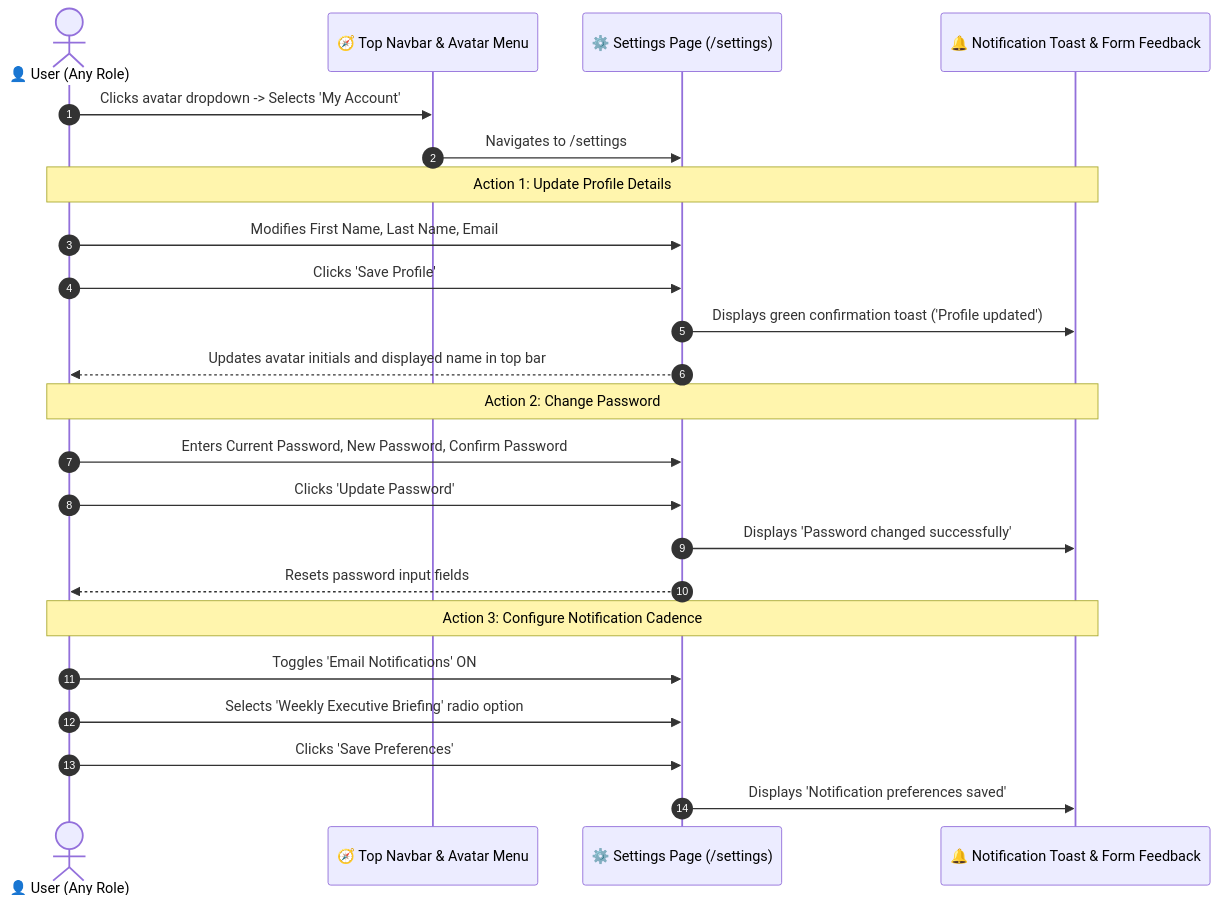
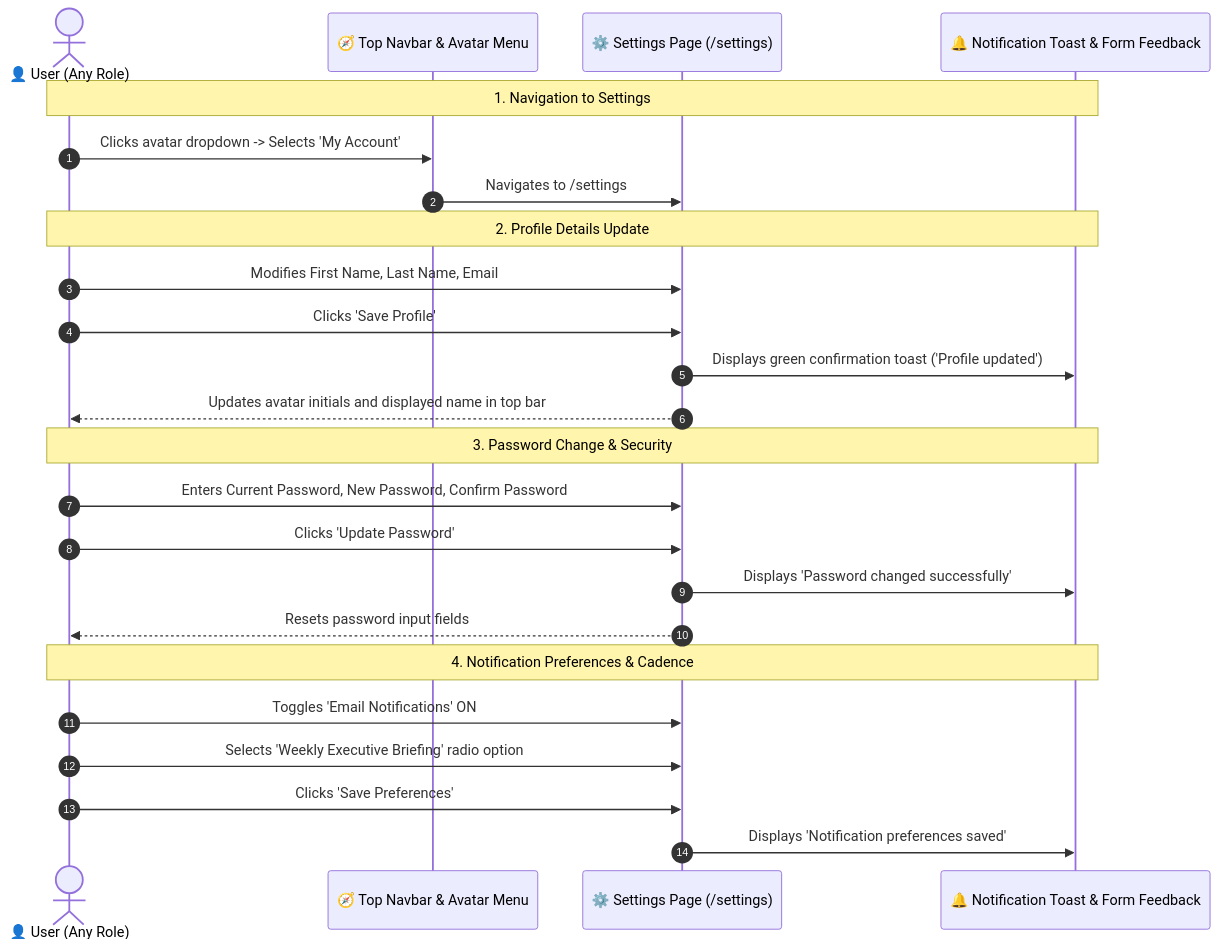
The fifth of 5 diagrams in docs/user_journeys/stage_2_user_journeys.md (p4ku/research-intelligence), drawn with Mermaid before and after one commit. The commit also changed other lines of this file, not shown here.

Commit message:
docs: add phase note banners across all Mermaid sequence diagrams for clear visual stage grouping

````diff
--- a/docs/user_journeys/stage_2_user_journeys.md
+++ b/docs/user_journeys/stage_2_user_journeys.md
@@ -281,29 +302,30 @@
 ```mermaid
 sequenceDiagram
     autonumber
     actor User as 👤 User (Any Role)
     participant AvatarMenu as 🧭 Top Navbar & Avatar Menu
     participant SettingsPage as ⚙️ Settings Page (/settings)
     participant Toast as 🔔 Notification Toast & Form Feedback
 
+    Note over User,Toast: 1. Navigation to Settings
     User->>AvatarMenu: Clicks avatar dropdown -> Selects 'My Account'
     AvatarMenu->>SettingsPage: Navigates to /settings
 
-    Note over User,Toast: Action 1: Update Profile Details
+    Note over User,Toast: 2. Profile Details Update
     User->>SettingsPage: Modifies First Name, Last Name, Email
     User->>SettingsPage: Clicks 'Save Profile'
     SettingsPage->>Toast: Displays green confirmation toast ('Profile updated')
     SettingsPage-->>User: Updates avatar initials and displayed name in top bar
 
-    Note over User,Toast: Action 2: Change Password
+    Note over User,Toast: 3. Password Change & Security
     User->>SettingsPage: Enters Current Password, New Password, Confirm Password
     User->>SettingsPage: Clicks 'Update Password'
     SettingsPage->>Toast: Displays 'Password changed successfully'
     SettingsPage-->>User: Resets password input fields
 
-    Note over User,Toast: Action 3: Configure Notification Cadence
+    Note over User,Toast: 4. Notification Preferences & Cadence
     User->>SettingsPage: Toggles 'Email Notifications' ON
     User->>SettingsPage: Selects 'Weekly Executive Briefing' radio option
     User->>SettingsPage: Clicks 'Save Preferences'
     SettingsPage->>Toast: Displays 'Notification preferences saved'
 ```
````
